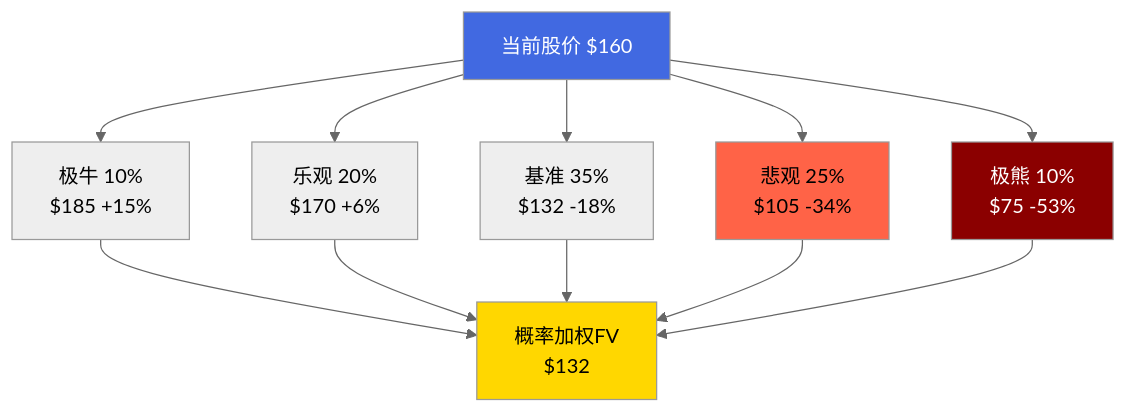
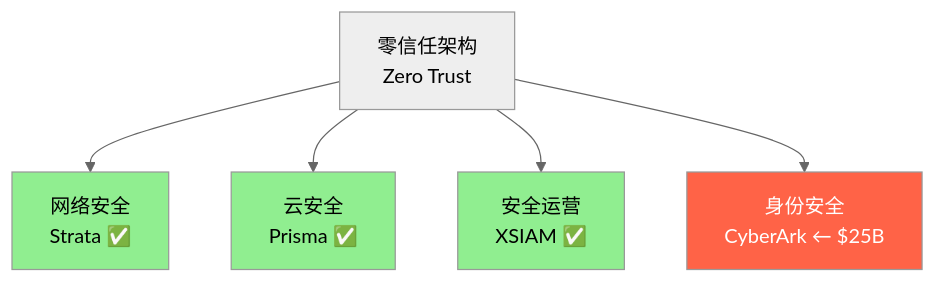
The tenth of 30 diagrams in reports/PANW/PANW_Complete_v1.0.md (miltonnewyork25-afk/investment-master), drawn with Mermaid (neutral theme) before and after one commit. The commit also changed other lines of this file and 2 other files, not shown here.

````diff
--- a/reports/PANW/PANW_Complete_v1.0.md
+++ b/reports/PANW/PANW_Complete_v1.0.md
@@ -335,19 +1627,12 @@
 ```mermaid
-graph TD
-    S[当前股价 $160] --> S1[极牛 10%<br/>$185 +15%]
-    S --> S2[乐观 20%<br/>$170 +6%]
-    S --> S3[基准 35%<br/>$132 -18%]
-    S --> S4[悲观 25%<br/>$105 -34%]
-    S --> S5[极熊 10%<br/>$75 -53%]
+graph TB
+    ZT["零信任架构<br>Zero Trust"] --> N["网络安全<br>Strata ✅"]
+    ZT --> C["云安全<br>Prisma ✅"]
+    ZT --> S["安全运营<br>XSIAM ✅"]
+    ZT --> I["身份安全<br>CyberArk ← $25B"]
 
-    S1 --> W[概率加权FV<br/>$132]
-    S2 --> W
-    S3 --> W
-    S4 --> W
-    S5 --> W
-
-    style S fill:#4169E1,color:#fff
-    style W fill:#FFD700
-    style S4 fill:#FF6347
-    style S5 fill:#8B0000,color:#fff
+    style I fill:#FF6347,color:#fff
+    style N fill:#90EE90
+    style C fill:#90EE90
+    style S fill:#90EE90
 ```
````
